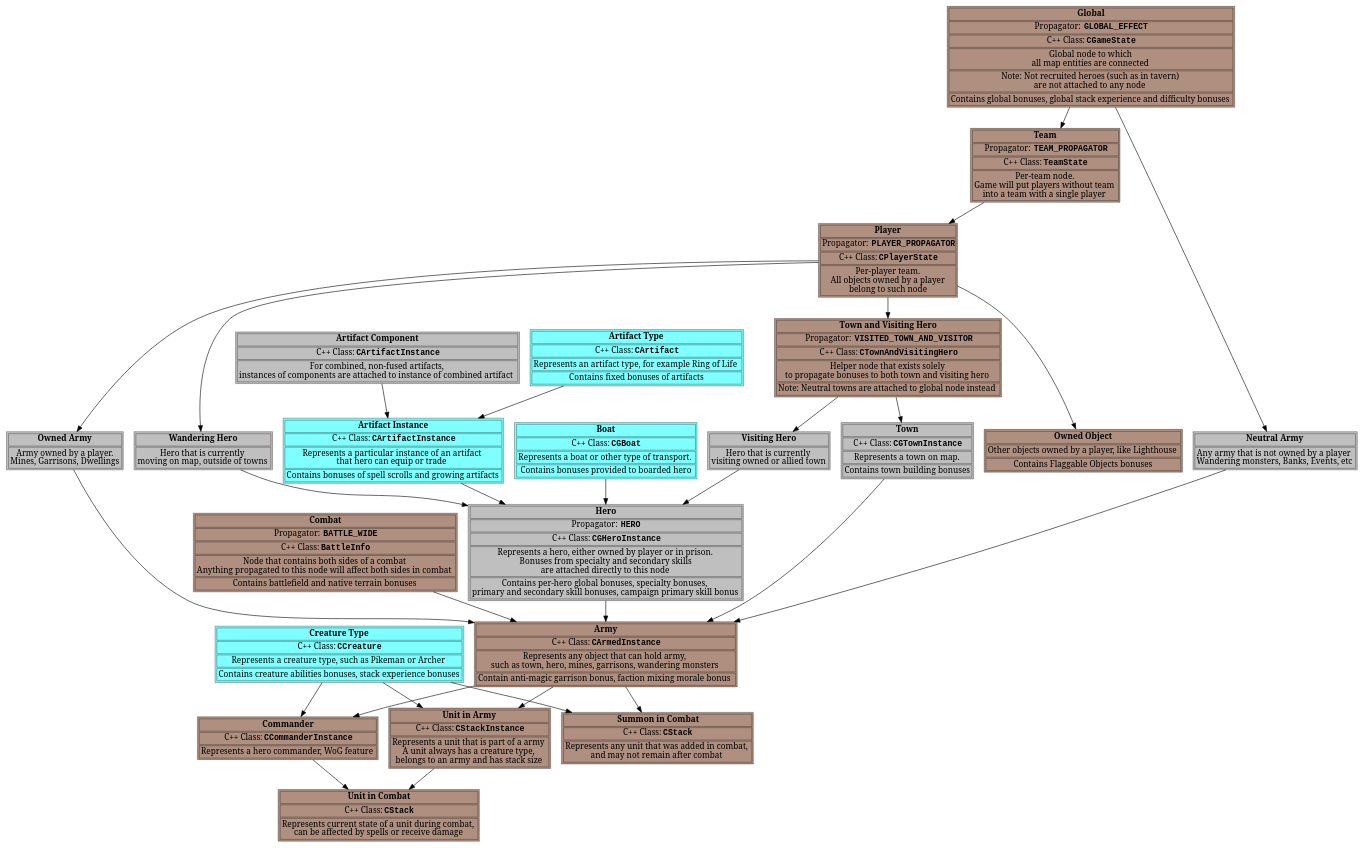
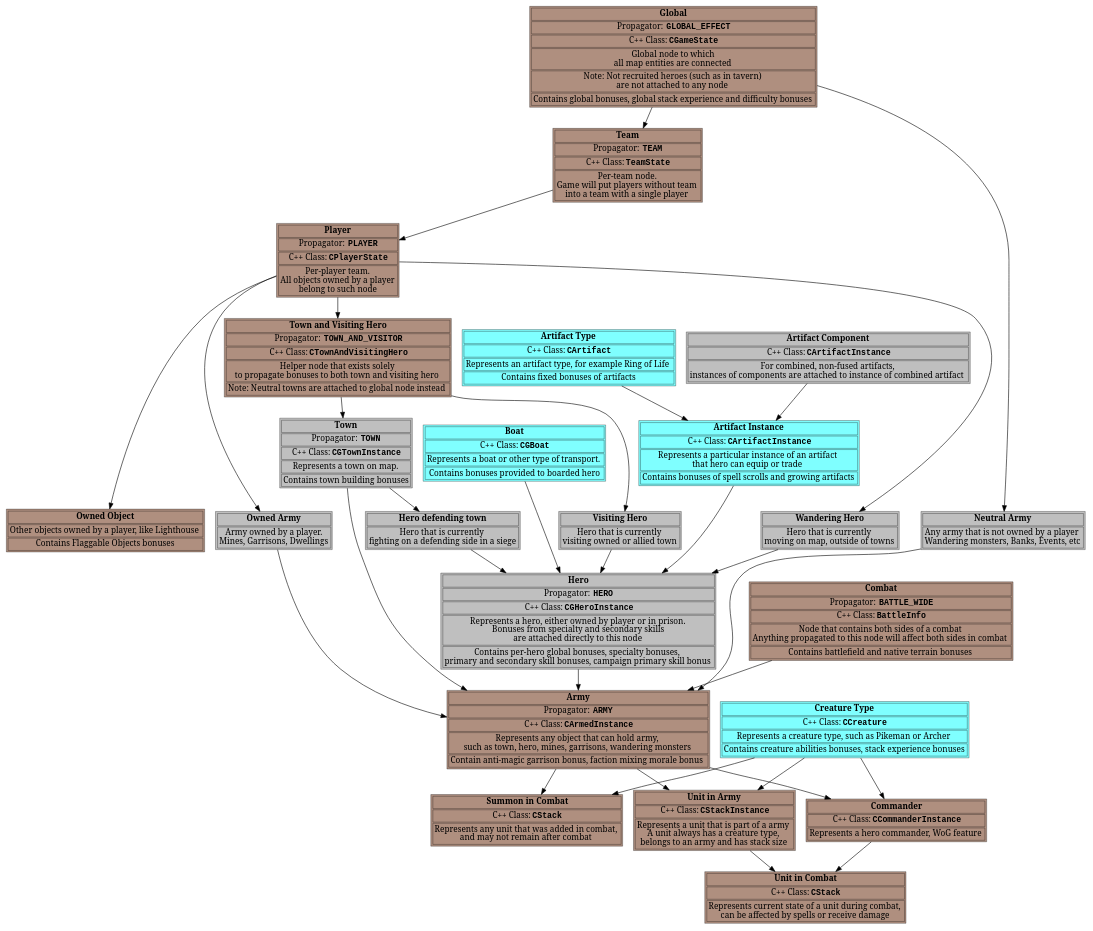
Before and after one commit to vcmi/vcmi: the diagram in docs/images/Bonus_System_Nodes.gv, drawn with Graphviz. The commit also changed 3 other files, not shown here.

```diff
--- a/docs/images/Bonus_System_Nodes.gv
+++ b/docs/images/Bonus_System_Nodes.gv
@@ -23,7 +23,7 @@
 		"Team" [
 			label =<<table>
 					<tr><td><b>Team</b></td></tr>
-					<tr><td>Propagator: <font face="monospace"><b>TEAM_PROPAGATOR</b></font></td></tr>
+					<tr><td>Propagator: <font face="monospace"><b>TEAM</b></font></td></tr>
 					<tr><td>C++ Class: <font face="monospace"><b>TeamState</b></font></td></tr>
 					<tr><td>Per-team node.<br/>Game will put players without team<br/>into a team with a single player</td></tr>
 				</table>>
@@ -31,7 +31,7 @@
 		"Player" [
 			label =<<table>
 					<tr><td><b>Player</b></td></tr>
-					<tr><td>Propagator: <font face="monospace"><b>PLAYER_PROPAGATOR</b></font></td></tr>
+					<tr><td>Propagator: <font face="monospace"><b>PLAYER</b></font></td></tr>
 					<tr><td>C++ Class: <font face="monospace"><b>CPlayerState</b></font></td></tr>
 					<tr><td>Per-player team.<br/>All objects owned by a player<br/>belong to such node</td></tr>
 				</table>>
@@ -50,13 +50,6 @@
 					<tr><td>Contains per-hero global bonuses, specialty bonuses, <br/>primary and secondary skill bonuses, campaign primary skill bonus</td></tr>
 				</table>>
 		]
-		"Combat" [
-			label =<<table>
-					<tr><td><b>Combat</b></td></tr>
-					<tr><td>Propagator: <font face="monospace"><b>BATTLE_WIDE</b></font></td></tr>
-					<tr><td>Node that contains both sides of a combat<br/>Anything propagated to this node will affect both sides in combat</td></tr>
-				</table>>
-		]
 	};
 
 	subgraph rankedHeroes {
@@ -66,6 +59,13 @@
 			label =<<table>
 					<tr><td><b>Visiting Hero</b></td></tr>
 					<tr><td>Hero that is currently<br/>visiting owned or allied town</td></tr>
+				</table>>
+		]
+		"Hero defending town" [
+			fillcolor="#80808080"
+			label =<<table>
+					<tr><td><b>Hero defending town</b></td></tr>
+					<tr><td>Hero that is currently<br/>fighting on a defending side in a siege</td></tr>
 				</table>>
 		]
 		"Wandering Hero" [
@@ -104,6 +104,7 @@
 			fillcolor="#80808080"
 			label =<<table>
 					<tr><td><b>Town</b></td></tr>
+					<tr><td>Propagator: <font face="monospace"><b>TOWN</b></font></td></tr>
 					<tr><td>C++ Class: <font face="monospace"><b>CGTownInstance</b></font></td></tr>
 					<tr><td>Represents a town on map.</td></tr>
 					<tr><td>Contains town building bonuses</td></tr>
@@ -133,7 +134,7 @@
 		"Town and visiting hero" [
 			label =<<table>
 					<tr><td><b>Town and Visiting Hero</b></td></tr>
-					<tr><td>Propagator: <font face="monospace"><b>VISITED_TOWN_AND_VISITOR</b></font></td></tr>
+					<tr><td>Propagator: <font face="monospace"><b>TOWN_AND_VISITOR</b></font></td></tr>
 					<tr><td>C++ Class: <font face="monospace"><b>CTownAndVisitingHero</b></font></td></tr>
 					<tr><td>Helper node that exists solely<br/>to propagate bonuses to both town and visiting hero</td></tr>
 					<tr><td>Note: Neutral towns are attached to global node instead</td></tr>
@@ -183,6 +184,7 @@
 		"Army" [
 			label =<<table>
 					<tr><td><b>Army</b></td></tr>
+					<tr><td>Propagator: <font face="monospace"><b>ARMY</b></font></td></tr>
 					<tr><td>C++ Class: <font face="monospace"><b>CArmedInstance</b></font></td></tr>
 					<tr><td>Represents any object that can hold army,<br/>such as town, hero, mines, garrisons, wandering monsters</td></tr>
 					<tr><td>Contain anti-magic garrison bonus, faction mixing morale bonus</td></tr>
@@ -246,11 +248,13 @@
 	"Creature Type" -> "Summon in Combat"
 	"Creature Type" -> "Unit in Army"
 
+	"Town" -> "Hero defending town"
 	"Town" -> "Army"
 	"Neutral Army" -> "Army"
 	"Owned Army" -> "Army"
 
 	"Visiting Hero" -> "Hero"
+	"Hero defending town" -> "Hero"
 	"Wandering Hero" -> "Hero"
 	"Hero" -> "Army"
 }
```
